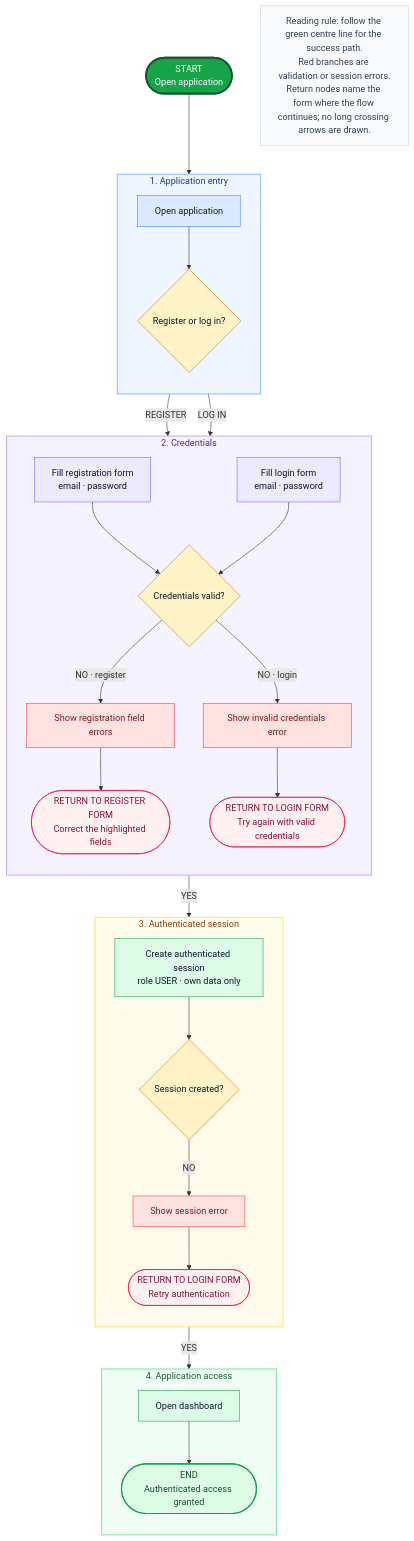
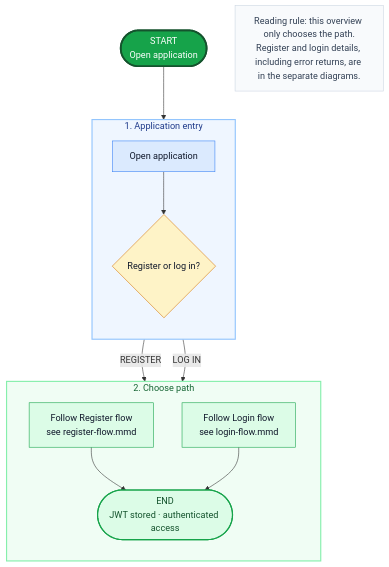
One commit to 22simeon14/finance_tracker changed the diagram in docs/diagrams/authentication-flow.mmd. Above: the diagram before and after it, drawn with Mermaid. The commit also changed 5 other files, not shown here.

```diff
--- a/docs/diagrams/authentication-flow.mmd
+++ b/docs/diagrams/authentication-flow.mmd
@@ -1,90 +1,49 @@
 flowchart TB
-    %% Flow A — Authentication
-    %% MVP only: register / login / session. No admin, social login, 2FA,
-    %% email confirmation, or forgotten-password paths.
-    %% Layout: green centre line = success path. Red = errors to the side.
-    %% Return nodes name the form to reopen; no long crossing arrows.
+    %% Flow A — Authentication overview
+    %% Detail: register-flow.mmd and login-flow.mmd
+    %% Layout: green centre line = success path. Side branches = choose path.
+    %% No long crossing arrows.
 
     start(["START<br/>Open application"])
 
     subgraph entry["1. Application entry"]
         direction TB
-        open_app["Open application"]
+        openApp["Open application"]
         choose{"Register or log in?"}
+
+        openApp --> choose
     end
 
-    start --> open_app --> choose
+    start --> openApp
 
-    subgraph credentials["2. Credentials"]
+    subgraph paths["2. Choose path"]
         direction TB
-        register_form["Fill registration form<br/>email · password"]
-        login_form["Fill login form<br/>email · password"]
-        validate{"Credentials valid?"}
+        goRegister["Follow Register flow<br/>see register-flow.mmd"]
+        goLogin["Follow Login flow<br/>see login-flow.mmd"]
+        endOk(["END<br/>JWT stored · authenticated access"])
 
-        reg_error["Show registration field errors"]
-        login_error["Show invalid credentials error"]
-        return_register(["RETURN TO REGISTER FORM<br/>Correct the highlighted fields"])
-        return_login(["RETURN TO LOGIN FORM<br/>Try again with valid credentials"])
-
-        register_form --> validate
-        login_form --> validate
-        validate -->|NO · register| reg_error
-        validate -->|NO · login| login_error
-        reg_error --> return_register
-        login_error --> return_login
+        goRegister --> endOk
+        goLogin --> endOk
     end
 
-    choose -->|REGISTER| register_form
-    choose -->|LOG IN| login_form
+    choose -->|REGISTER| goRegister
+    choose -->|LOG IN| goLogin
 
-    subgraph session["3. Authenticated session"]
-        direction TB
-        create_session["Create authenticated session<br/>role USER · own data only"]
-        session_ok{"Session created?"}
-        session_error["Show session error"]
-        return_login_session(["RETURN TO LOGIN FORM<br/>Retry authentication"])
-
-        create_session --> session_ok
-        session_ok -->|NO| session_error
-        session_error --> return_login_session
-    end
-
-    validate -->|YES| create_session
-
-    subgraph access["4. Application access"]
-        direction TB
-        open_dashboard["Open dashboard"]
-        end_ok(["END<br/>Authenticated access granted"])
-
-        open_dashboard --> end_ok
-    end
-
-    session_ok -->|YES| open_dashboard
-
-    legend["Reading rule: follow the green centre line for the success path.<br/>Red branches are validation or session errors.<br/>Return nodes name the form where the flow continues; no long crossing arrows are drawn."]
+    legend["Reading rule: this overview only chooses the path.<br/>Register and login details, including error returns, are in the separate diagrams."]
 
     classDef startNode fill:#16a34a,stroke:#14532d,stroke-width:3px,color:#fff
-    classDef action fill:#ffffff,stroke:#94a3b8,color:#0f172a
     classDef entryAction fill:#dbeafe,stroke:#3b82f6,color:#0f172a
-    classDef formAction fill:#ede9fe,stroke:#8b5cf6,color:#0f172a
-    classDef sessionAction fill:#dcfce7,stroke:#16a34a,color:#0f172a
+    classDef pathAction fill:#dcfce7,stroke:#16a34a,color:#0f172a
     classDef decision fill:#fef3c7,stroke:#d97706,color:#0f172a
-    classDef error fill:#fee2e2,stroke:#ef4444,color:#7f1d1d
-    classDef restart fill:#fff1f2,stroke:#e11d48,color:#881337
     classDef endNode fill:#dcfce7,stroke:#16a34a,stroke-width:2px,color:#14532d
     classDef legendBox fill:#f8fafc,stroke:#cbd5e1,color:#334155
 
     class start startNode
-    class open_app entryAction
-    class register_form,login_form formAction
-    class create_session,open_dashboard sessionAction
-    class choose,validate,session_ok decision
-    class reg_error,login_error,session_error error
-    class return_register,return_login,return_login_session restart
-    class end_ok endNode
+    class openApp entryAction
+    class goRegister,goLogin pathAction
+    class choose decision
+    class endOk endNode
     class legend legendBox
 
     style entry fill:#eff6ff,stroke:#93c5fd,stroke-width:2px,color:#1e3a8a
-    style credentials fill:#f5f3ff,stroke:#c4b5fd,stroke-width:2px,color:#5b21b6
-    style session fill:#fffbeb,stroke:#fde68a,stroke-width:2px,color:#92400e
-    style access fill:#f0fdf4,stroke:#86efac,stroke-width:2px,color:#166534
+    style paths fill:#f0fdf4,stroke:#86efac,stroke-width:2px,color:#166534
```
